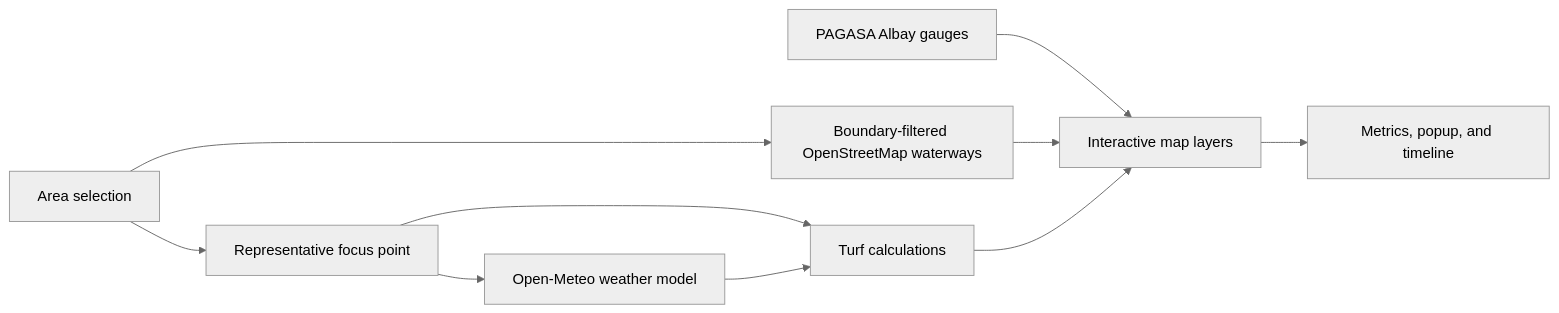
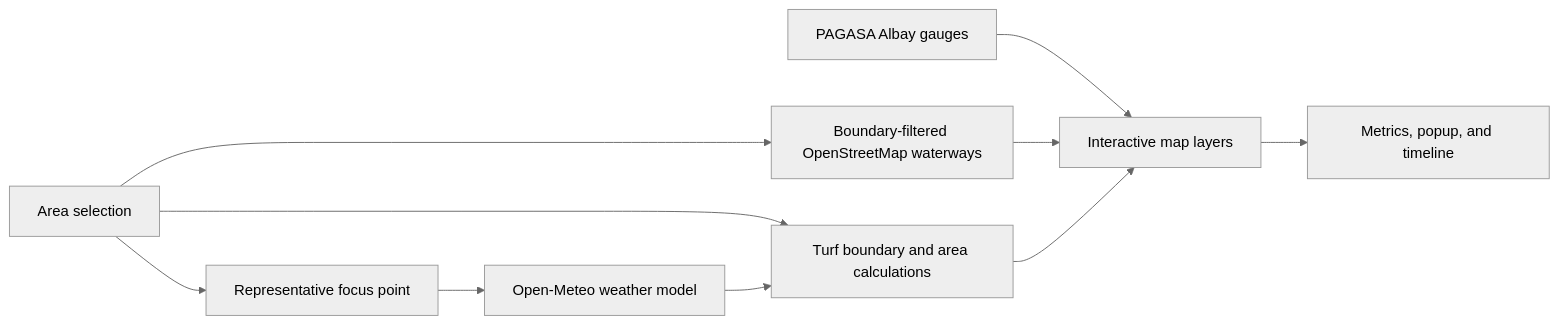
One commit to jsonrls/flood-monitor changed the diagram in README.md. Above: the diagram before and after it, drawn with Mermaid (neutral theme). The commit also changed other lines of this file and 23 other files, not shown here.

````diff
--- a/README.md
+++ b/README.md
@@ -33,12 +33,12 @@
 ```mermaid
 flowchart LR
     A[Area selection] --> B[Representative focus point]
     B --> C[Open-Meteo weather model]
     H[PAGASA Albay gauges] --> F
     A --> D[Boundary-filtered OpenStreetMap waterways]
-    B --> E[Turf calculations]
+    A --> E[Turf boundary and area calculations]
     C --> E
     D --> F[Interactive map layers]
     E --> F
     F --> G[Metrics, popup, and timeline]
 ```
````
